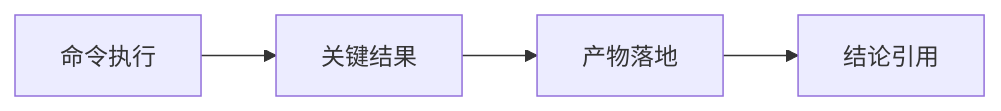
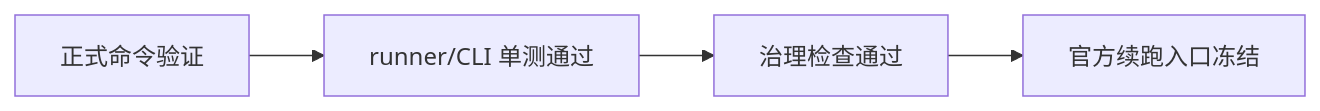
One commit to everything-is-simple/lifespan-0.01 changed the diagram in docs/03-execution/evidence/75-raw-base-weekly-monthly-timeframe-ledger-bootstrap-evidence-20260416.md. Above: the diagram before and after it, drawn with Mermaid. The commit also changed other lines of this file and 8 other files, not shown here.

````diff
--- a/docs/03-execution/evidence/75-raw-base-weekly-monthly-timeframe-ledger-bootstrap-evidence-20260416.md
+++ b/docs/03-execution/evidence/75-raw-base-weekly-monthly-timeframe-ledger-bootstrap-evidence-20260416.md
@@ -24,6 +33,6 @@
 ```mermaid
 flowchart LR
-    CMD[命令执行] --> OUT[关键结果]
-    OUT --> ART[产物落地]
-    ART --> REF[结论引用]
+    CMD[正式命令验证] --> TEST[runner/CLI 单测通过]
+    TEST --> GOV[治理检查通过]
+    GOV --> CLI[官方续跑入口冻结]
 ```
````
